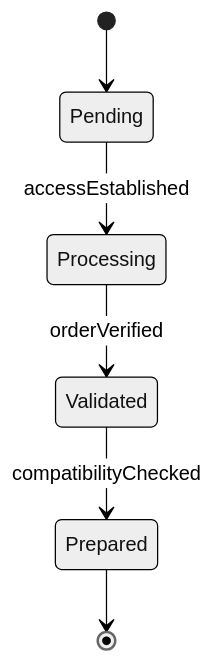
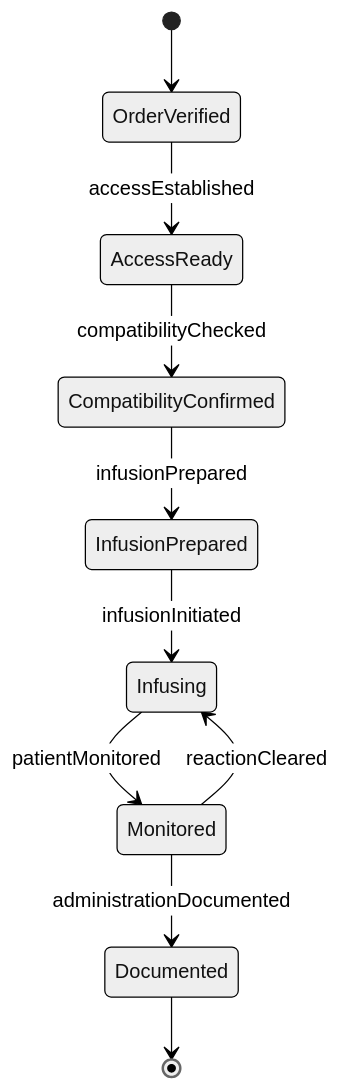
One commit to dot-org-ai/tasks.org.ai changed the second of 4 diagrams in AssistingAndCaringForOthers/AdministerBasicHealthCareOrMedicalTreatments/AdministerBloodFluidsIntravenously.mdx. Above: the diagram before and after it, drawn with Mermaid (neutral theme). The commit also changed other lines of this file and 32 other files, not shown here.

First line of the commit message:
fix: Improve ER and State diagrams in 32 AssistingAndCaringForOthers DWA files

````diff
--- a/AssistingAndCaringForOthers/AdministerBasicHealthCareOrMedicalTreatments/AdministerBloodFluidsIntravenously.mdx
+++ b/AssistingAndCaringForOthers/AdministerBasicHealthCareOrMedicalTreatments/AdministerBloodFluidsIntravenously.mdx
@@ -99,8 +99,12 @@
 ```mermaid
 stateDiagram-v2
-    [*] --> Pending
-    Pending --> Processing : accessEstablished
-    Processing --> Validated : orderVerified
-    Validated --> Prepared : compatibilityChecked
-    Prepared --> [*]
+    [*] --> OrderVerified
+    OrderVerified --> AccessReady : accessEstablished
+    AccessReady --> CompatibilityConfirmed : compatibilityChecked
+    CompatibilityConfirmed --> InfusionPrepared : infusionPrepared
+    InfusionPrepared --> Infusing : infusionInitiated
+    Infusing --> Monitored : patientMonitored
+    Monitored --> Infusing : reactionCleared
+    Monitored --> Documented : administrationDocumented
+    Documented --> [*]
 ```
````
